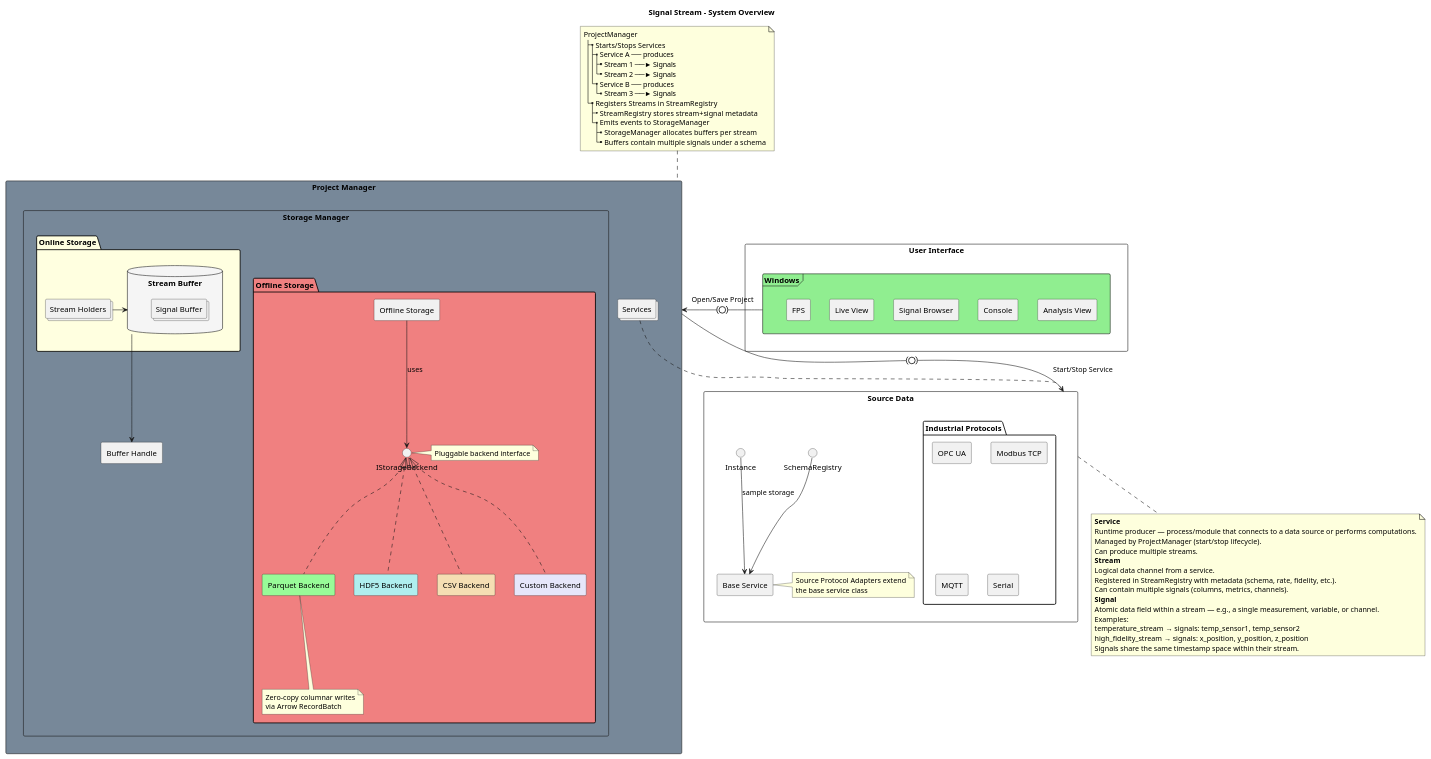
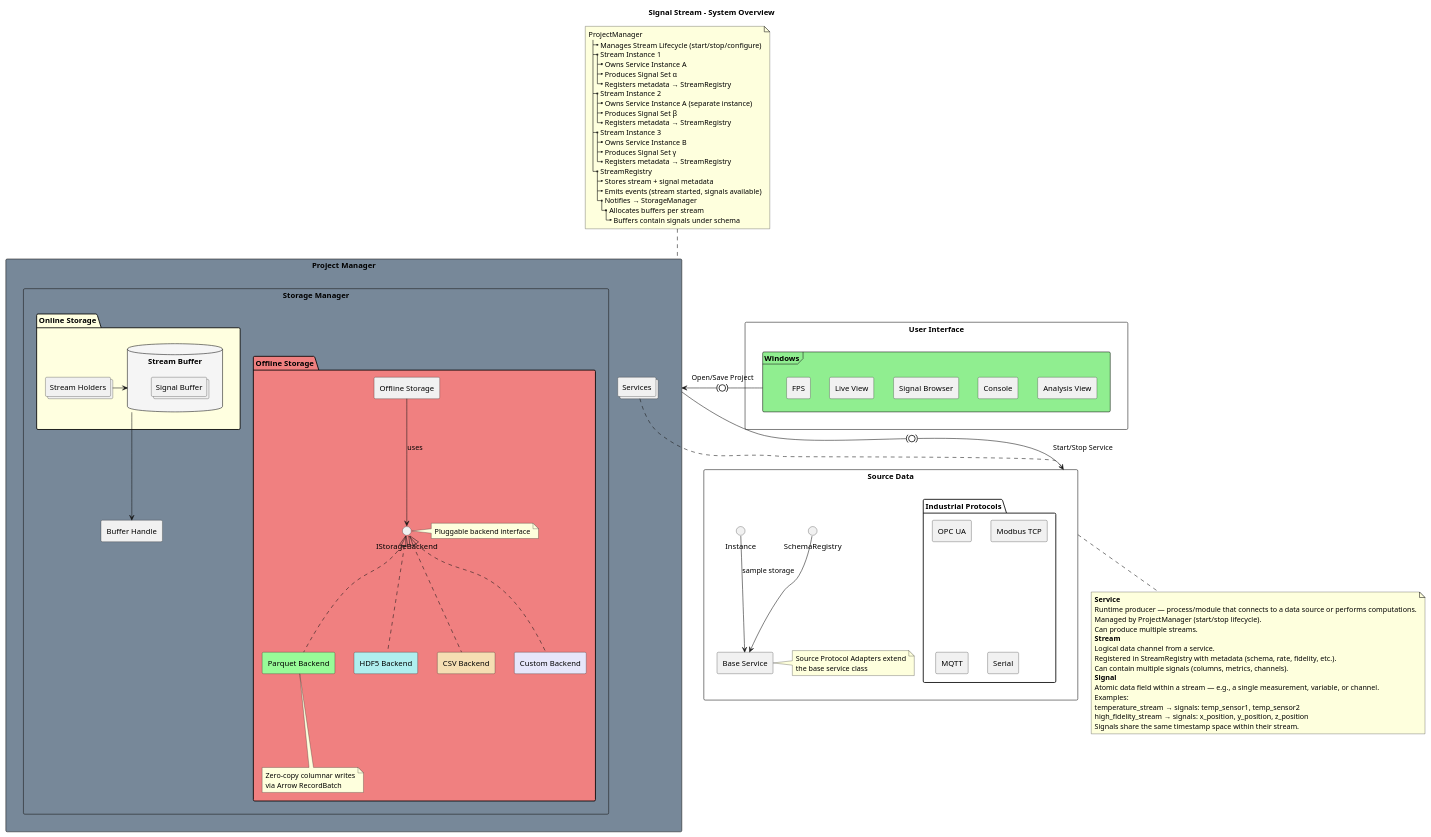
One commit to diffusion4812/signal-stream changed the diagram in Signal Stream Layout.puml. Above: the diagram before and after it, drawn with PlantUML. The commit also changed 30 other files, not shown here.

```diff
--- a/Signal Stream Layout.puml
+++ b/Signal Stream Layout.puml
@@ -1,126 +1,132 @@
 @startuml Signal Stream Layout
 skinparam componentStyle rectangle
 title Signal Stream - System Overview
 
 rectangle "Source Data" as Service {
   folder "Industrial Protocols" {
     [OPC UA]
     [Modbus TCP]
     [MQTT]
     [Serial]
   }
 
   [Base Service] as BaseService
 
   note right of BaseService
     Source Protocol Adapters extend
     the base service class
   end note
   
 SchemaRegistry --> BaseService
 Instance --> BaseService : sample storage
 }
 
 note bottom of Service
 **Service**
 Runtime producer — process/module that connects to a data source or performs computations.
 Managed by ProjectManager (start/stop lifecycle).
 Can produce multiple streams.
 **Stream**
 Logical data channel from a service.
 Registered in StreamRegistry with metadata (schema, rate, fidelity, etc.).
 Can contain multiple signals (columns, metrics, channels).
 **Signal**
 Atomic data field within a stream — e.g., a single measurement, variable, or channel.
 Examples:
 temperature_stream → signals: temp_sensor1, temp_sensor2
 high_fidelity_stream → signals: x_position, y_position, z_position
 Signals share the same timestamp space within their stream.
 end note
 
 rectangle "Project Manager" as ProjectManager #LightSlateGrey {
   rectangle "Storage Manager" as StorageManager {
     ' Offline Storage Section
     package "Offline Storage" #LightCoral {
       [Offline Storage] as OfflineDataStorage
 
       interface "IStorageBackend" as IBackend
       note right of IBackend
         Pluggable backend interface
       end note
 
       component "Parquet Backend" as ParquetBackend #PaleGreen
       component "HDF5 Backend" as HDF5Backend #PaleTurquoise
       component "CSV Backend" as CSVBackend #Wheat
       component "Custom Backend" as CustomBackend #Lavender
 
       OfflineDataStorage -down-> IBackend : "uses"
       IBackend <|.. ParquetBackend
       IBackend <|.. HDF5Backend
       IBackend <|.. CSVBackend
       IBackend <|.. CustomBackend
 
       note bottom of ParquetBackend
         Zero-copy columnar writes
         via Arrow RecordBatch
       end note
     }
 
     ' Online Storage Section
     package "Online Storage" #LightYellow {
       collections "Stream Holders" as StreamHolders
       database "Stream Buffer" as StreamBuffer #WhiteSmoke {
         collections "Signal Buffer" as SignalBuffer
       }
 
       StreamHolders -> StreamBuffer
     }
 
   [Buffer Handle] as BufferHandle
   StreamBuffer -down-> BufferHandle
   }
 
   collections "Services" as services
-
-
 }
 
 note top of ProjectManager
 ProjectManager
-|_ Starts/Stops Services
-  |_ Service A ── produces
-    |_ Stream 1 ──► Signals
-    |_ Stream 2 ──► Signals
-  |_ Service B ── produces
-    |_ Stream 3 ──► Signals
-|_ Registers Streams in StreamRegistry
-  |_ StreamRegistry stores stream+signal metadata
-  |_ Emits events to StorageManager
-    |_ StorageManager allocates buffers per stream
-    |_ Buffers contain multiple signals under a schema
+|_ Manages Stream Lifecycle (start/stop/configure)
+|_ Stream Instance 1
+  |_ Owns Service Instance A
+  |_ Produces Signal Set α
+  |_ Registers metadata → StreamRegistry
+|_ Stream Instance 2
+  |_ Owns Service Instance A (separate instance)
+  |_ Produces Signal Set β
+  |_ Registers metadata → StreamRegistry
+|_ Stream Instance 3
+  |_ Owns Service Instance B
+  |_ Produces Signal Set γ
+  |_ Registers metadata → StreamRegistry
+|_ StreamRegistry
+  |_ Stores stream + signal metadata
+  |_ Emits events (stream started, signals available)
+  |_ Notifies → StorageManager
+    |_ Allocates buffers per stream
+      |_ Buffers contain signals under schema
 end note
 
 rectangle "User Interface" {
   frame "Windows" as Windows #LightGreen {
     skinparam nodesep 0
     skinparam ranksep 0
     skinparam componentStyle rectangle
     [Signal Browser] as SignalBrowser
     [Live View] as LiveView
     [FPS] as FPS
     [Analysis View] as AnalysisView
     [Console] as Console
 
     Windows -right[hidden]-> SignalBrowser
     Windows -right[hidden]-> LiveView
     Windows -right[hidden]-> FPS
     Windows -right[hidden]-> AnalysisView
     Windows -right[hidden]-> Console
   }
 }
 
 Windows -left(0)-> ProjectManager : Open/Save Project
 ProjectManager -(0)-> Service : Start/Stop Service
 services -right[dashed]- Service
 
 @enduml
```
